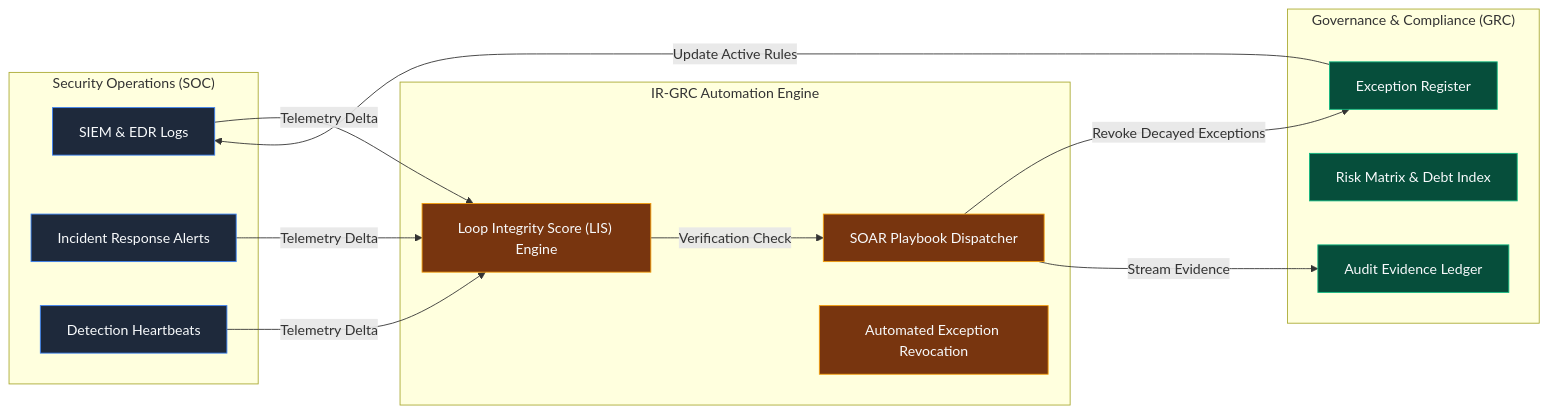
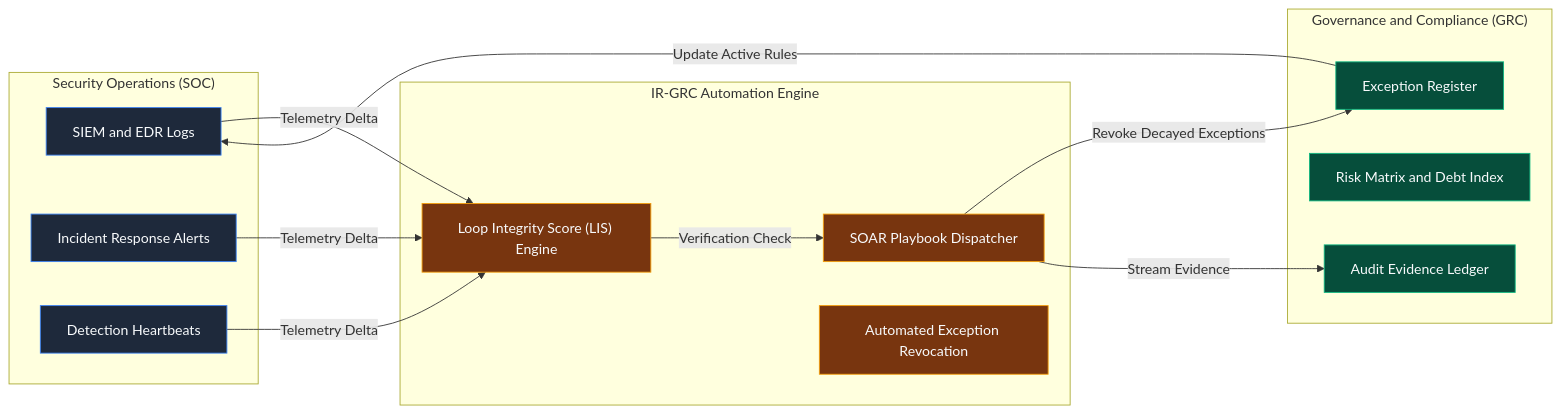
Before and after one commit to hiro001-eth/What-I-Learned-Today-on-SOC-GRC-: the third of 3 diagrams in README.md, drawn with Mermaid. The commit also changed other lines of this file and 1 other file, not shown here.

Commit message:
feat(paper-15): Fix Mermaid diagram syntax and publish Paper 15

````diff
--- a/README.md
+++ b/README.md
@@ -128,36 +134,38 @@
 ```mermaid
 flowchart LR
     subgraph SOC_Operations["Security Operations (SOC)"]
-        SIEM["SIEM & EDR Logs"]
+        SIEM["SIEM and EDR Logs"]
         IR["Incident Response Alerts"]
         DH["Detection Heartbeats"]
     end
 
     subgraph Closed_Loop_Engine["IR-GRC Automation Engine"]
         LIS["Loop Integrity Score (LIS) Engine"]
         SOAR["SOAR Playbook Dispatcher"]
         ROBOT["Automated Exception Revocation"]
     end
 
-    subgraph GRC_Governance["Governance & Compliance (GRC)"]
+    subgraph GRC_Governance["Governance and Compliance (GRC)"]
         REG["Exception Register"]
-        RISK["Risk Matrix & Debt Index"]
+        RISK["Risk Matrix and Debt Index"]
         AUDIT["Audit Evidence Ledger"]
     end
 
-    SIEM & IR & DH -->|Telemetry Delta| LIS
+    SIEM -->|Telemetry Delta| LIS
+    IR -->|Telemetry Delta| LIS
+    DH -->|Telemetry Delta| LIS
     LIS -->|Verification Check| SOAR
     SOAR -->|Revoke Decayed Exceptions| REG
     REG -->|Update Active Rules| SIEM
     SOAR -->|Stream Evidence| AUDIT
 
     style SIEM fill:#1E293B,stroke:#3B82F6,color:#F8FAFC
     style IR fill:#1E293B,stroke:#3B82F6,color:#F8FAFC
     style DH fill:#1E293B,stroke:#3B82F6,color:#F8FAFC
     style LIS fill:#78350F,stroke:#F59E0B,color:#F8FAFC
     style SOAR fill:#78350F,stroke:#F59E0B,color:#F8FAFC
     style ROBOT fill:#78350F,stroke:#F59E0B,color:#F8FAFC
     style REG fill:#064E3B,stroke:#10B981,color:#F8FAFC
     style RISK fill:#064E3B,stroke:#10B981,color:#F8FAFC
     style AUDIT fill:#064E3B,stroke:#10B981,color:#F8FAFC
 ```
````
